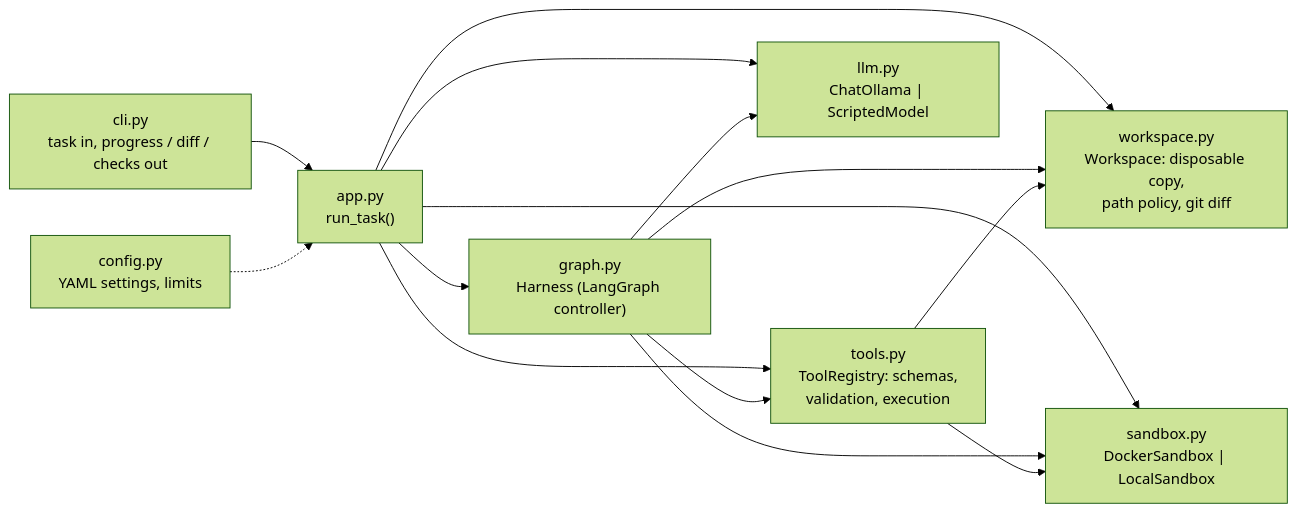
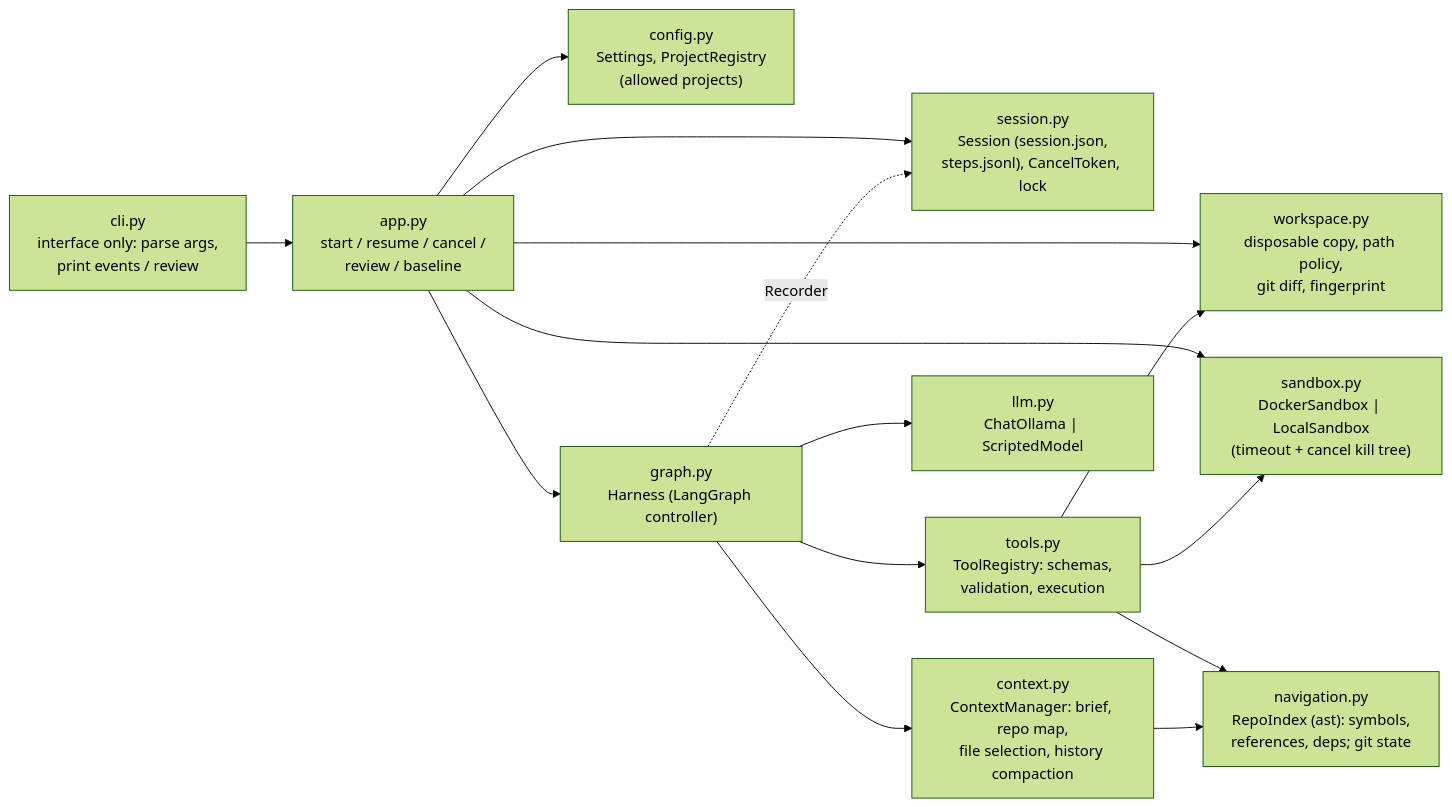
Before and after one commit to tho-ple/MSE-AI-Coding-Agent: the first of 2 diagrams in README.md, drawn with Mermaid (forest theme). The commit also changed other lines of this file and 36 other files, not shown here.

First line of the commit message:
Stage 2: navigation, bounded context, saved sessions, cancel and safe resume

````diff
--- a/README.md
+++ b/README.md
@@ -59,16 +64,17 @@
 ```mermaid
 flowchart LR
-    CLI["cli.py<br/>task in, progress / diff / checks out"] --> App["app.py<br/>run_task()"]
-    App --> WS["workspace.py<br/>Workspace: disposable copy,<br/>path policy, git diff"]
-    App --> SB["sandbox.py<br/>DockerSandbox | LocalSandbox"]
-    App --> TR["tools.py<br/>ToolRegistry: schemas,<br/>validation, execution"]
-    App --> LLM["llm.py<br/>ChatOllama | ScriptedModel"]
+    CLI["cli.py<br/>interface only: parse args,<br/>print events / review"] --> App["app.py<br/>start / resume / cancel /<br/>review / baseline"]
+    App --> REG["config.py<br/>Settings, ProjectRegistry<br/>(allowed projects)"]
+    App --> SES["session.py<br/>Session (session.json,<br/>steps.jsonl), CancelToken, lock"]
+    App --> WS["workspace.py<br/>disposable copy, path policy,<br/>git diff, fingerprint"]
+    App --> SB["sandbox.py<br/>DockerSandbox | LocalSandbox<br/>(timeout + cancel kill tree)"]
     App --> G["graph.py<br/>Harness (LangGraph controller)"]
-    G --> LLM
-    G --> TR
-    G --> SB
-    G --> WS
+    G --> CTX["context.py<br/>ContextManager: brief, repo map,<br/>file selection, history compaction"]
+    G --> TR["tools.py<br/>ToolRegistry: schemas,<br/>validation, execution"]
+    G --> LLM["llm.py<br/>ChatOllama | ScriptedModel"]
+    G -. Recorder .-> SES
+    TR --> NAV["navigation.py<br/>RepoIndex (ast): symbols,<br/>references, deps; git state"]
+    CTX --> NAV
     TR --> WS
     TR --> SB
-    CFG["config.py<br/>YAML settings, limits"] -.-> App
 ```
````
